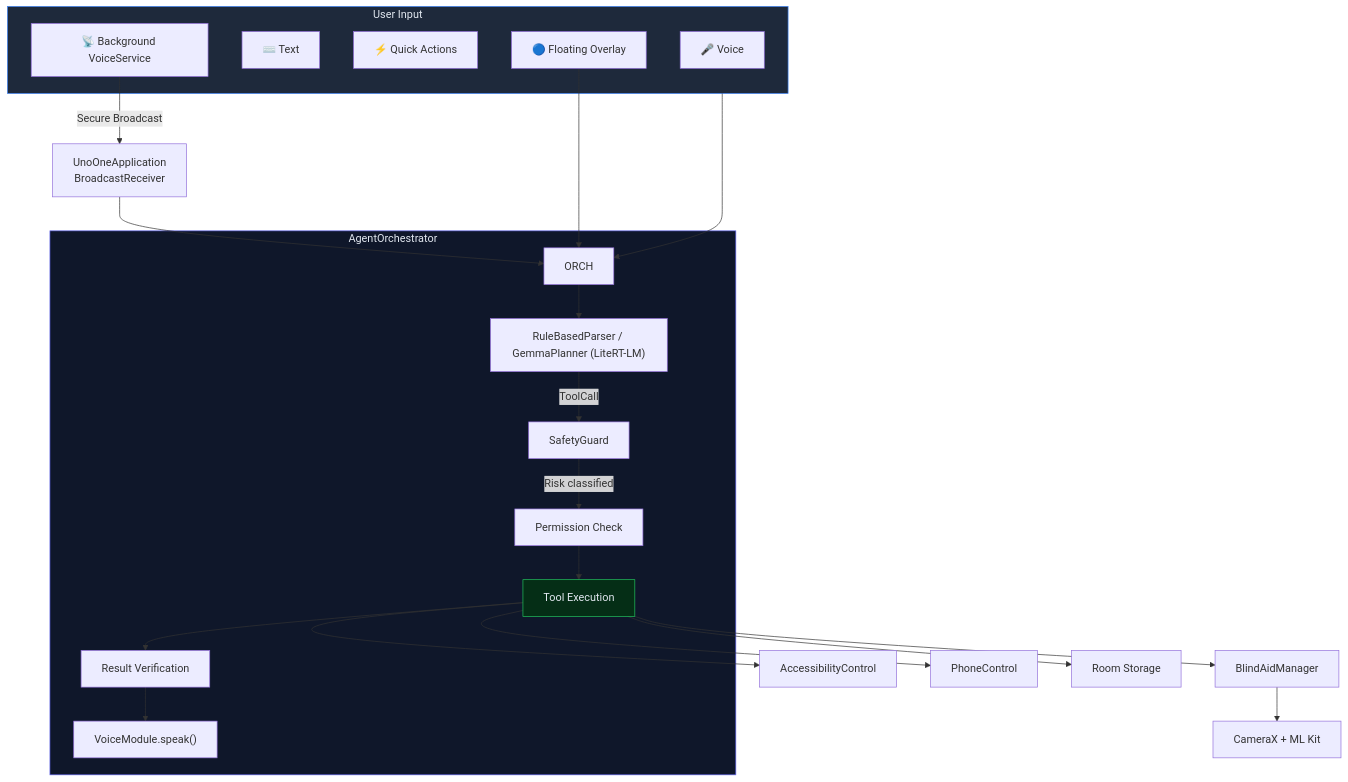
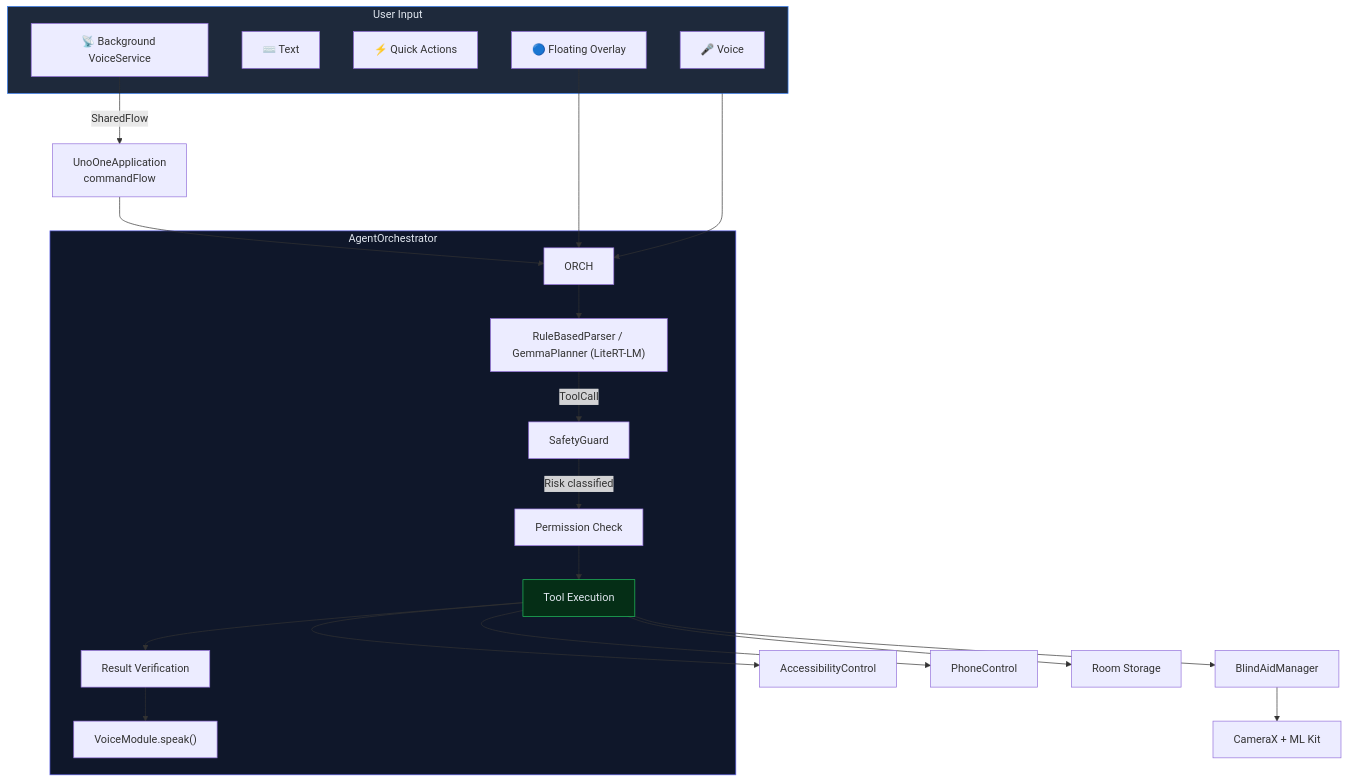
One commit to inbharatai/UnoOne-Local-Agent changed the diagram in README.md. Above: the diagram before and after it, drawn with Mermaid. The commit also changed other lines of this file, not shown here.

````diff
--- a/README.md
+++ b/README.md
@@ -87,37 +87,37 @@
 ```mermaid
 flowchart TB
     subgraph Entry["User Input"]
         V["🎤 Voice"]
         T["⌨️ Text"]
         QA["⚡ Quick Actions"]
         OV["🔵 Floating Overlay"]
         BG["📡 Background VoiceService"]
     end
 
     Entry --> ORCH
 
     subgraph Core["AgentOrchestrator"]
         ORCH --> PARSER["RuleBasedParser / GemmaPlanner (LiteRT-LM)"]
         PARSER -->|ToolCall| SAFETY["SafetyGuard"]
         SAFETY -->|Risk classified| PERM["Permission Check"]
         PERM --> EXEC["Tool Execution"]
         EXEC --> VERIFY["Result Verification"]
         VERIFY --> SPEAK["VoiceModule.speak()"]
     end
 
     EXEC --> ACCESS["AccessibilityControl"]
     EXEC --> PHONE["PhoneControl"]
     EXEC --> STORE["Room Storage"]
     EXEC --> BLIND["BlindAidManager"]
 
     BLIND --> CAM["CameraX + ML Kit"]
 
-    BG -->|Secure Broadcast| RX["UnoOneApplication<br/>BroadcastReceiver"]
+    BG -->|SharedFlow| RX["UnoOneApplication<br/>commandFlow"]
     RX --> ORCH
 
     OV --> ORCH
 
     style Entry fill:#1e293b,stroke:#3b82f6,color:#e2e8f0
     style Core fill:#0f172a,stroke:#6366f1,color:#e2e8f0
     style EXEC fill:#052e16,stroke:#22c55e,color:#e2e8f0
 ```
````
